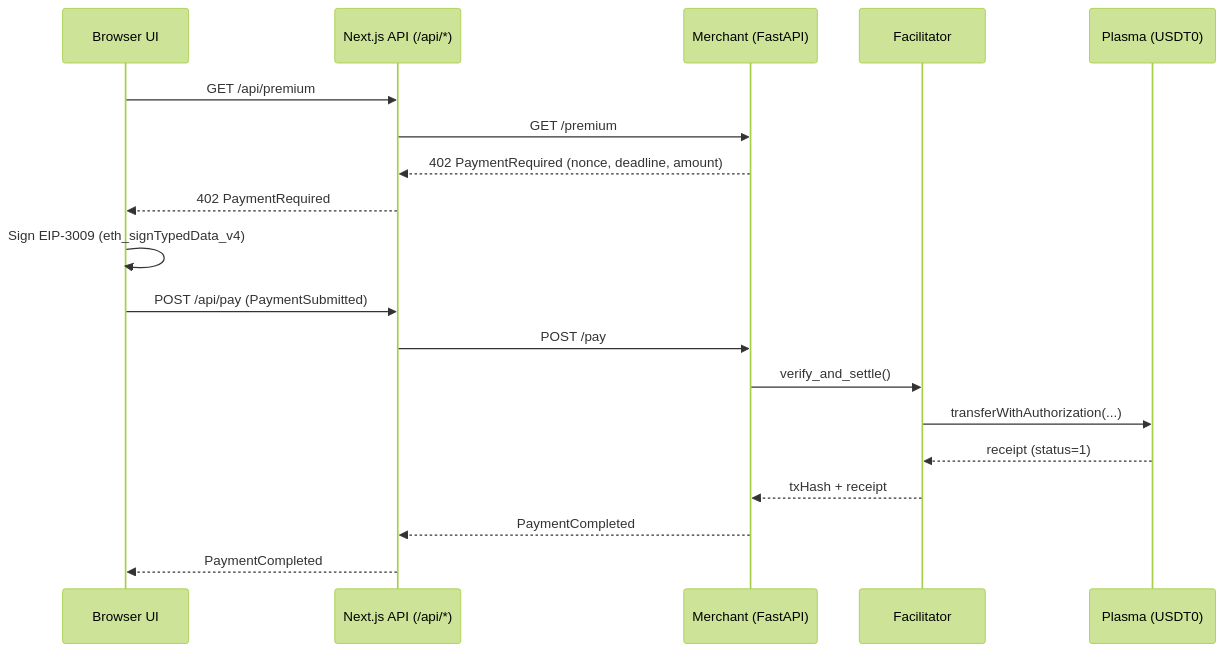
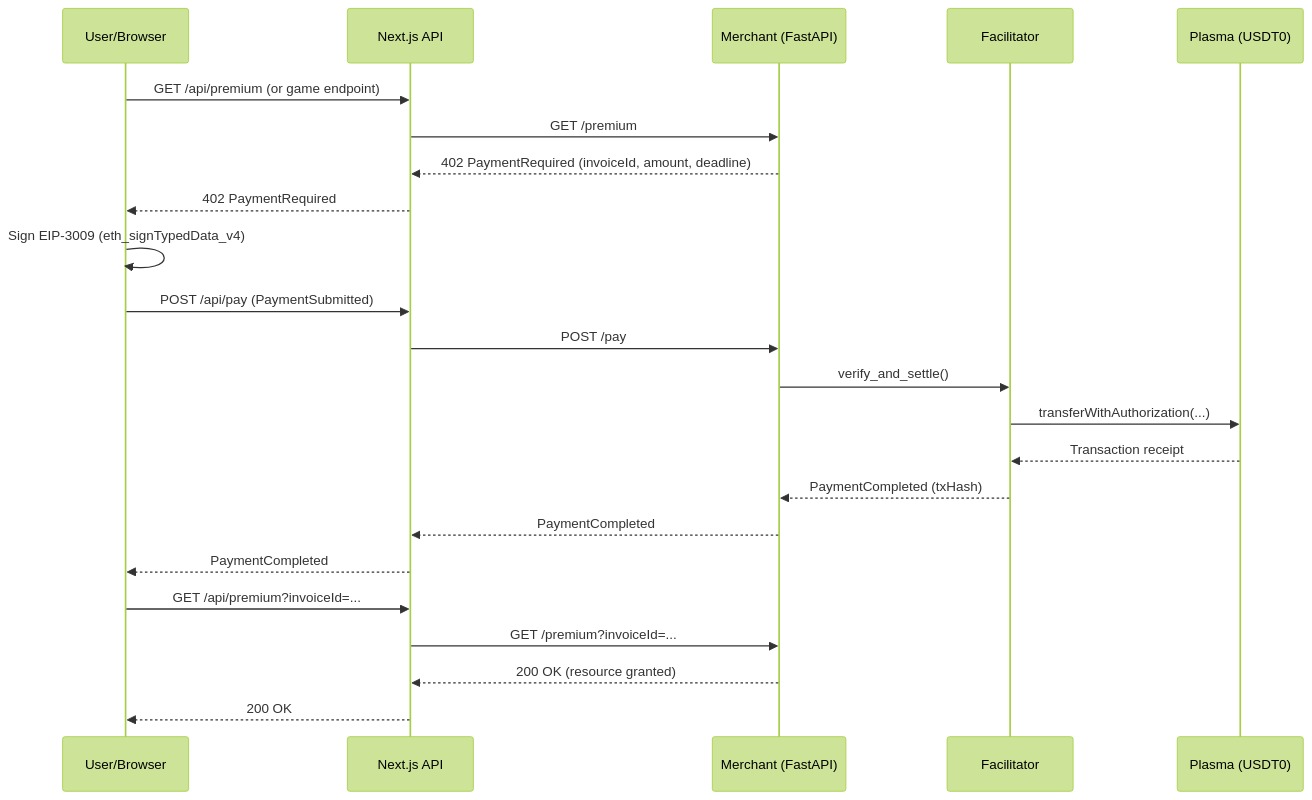
The second of 3 diagrams in README.md (xkonjin/xUSDT), drawn with Mermaid (forest theme) before and after one commit. The commit also changed other lines of this file and 1 other file, not shown here.

Commit message:
Update README.md to enhance project overview and features; refactor toy data retrieval in API to improve type safety and clarity.

````diff
--- a/README.md
+++ b/README.md
@@ -79,22 +182,29 @@
 ```mermaid
 sequenceDiagram
-  participant B as Browser UI
-  participant N as Next.js API (/api/*)
-  participant M as Merchant (FastAPI)
-  participant F as Facilitator
-  participant P as Plasma (USDT0)
+    participant U as User/Browser
+    participant N as Next.js API
+    participant M as Merchant (FastAPI)
+    participant F as Facilitator
+    participant P as Plasma (USDT0)
 
-  B->>N: GET /api/premium
-  N->>M: GET /premium
-  M-->>N: 402 PaymentRequired (nonce, deadline, amount)
-  N-->>B: 402 PaymentRequired
-  B->>B: Sign EIP‑3009 (eth_signTypedData_v4)
-  B->>N: POST /api/pay (PaymentSubmitted)
-  N->>M: POST /pay
-  M->>F: verify_and_settle()
-  F->>P: transferWithAuthorization(...)
-  P-->>F: receipt (status=1)
-  F-->>M: txHash + receipt
-  M-->>N: PaymentCompleted
-  N-->>B: PaymentCompleted
+    U->>N: GET /api/premium (or game endpoint)
+    N->>M: GET /premium
+    M-->>N: 402 PaymentRequired (invoiceId, amount, deadline)
+    N-->>U: 402 PaymentRequired
+    
+    U->>U: Sign EIP-3009 (eth_signTypedData_v4)
+    U->>N: POST /api/pay (PaymentSubmitted)
+    N->>M: POST /pay
+    
+    M->>F: verify_and_settle()
+    F->>P: transferWithAuthorization(...)
+    P-->>F: Transaction receipt
+    F-->>M: PaymentCompleted (txHash)
+    M-->>N: PaymentCompleted
+    N-->>U: PaymentCompleted
+    
+    U->>N: GET /api/premium?invoiceId=...
+    N->>M: GET /premium?invoiceId=...
+    M-->>N: 200 OK (resource granted)
+    N-->>U: 200 OK
 ```
````
